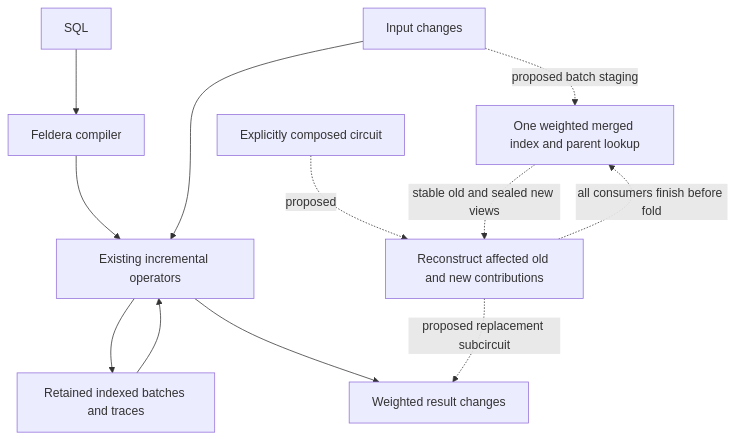
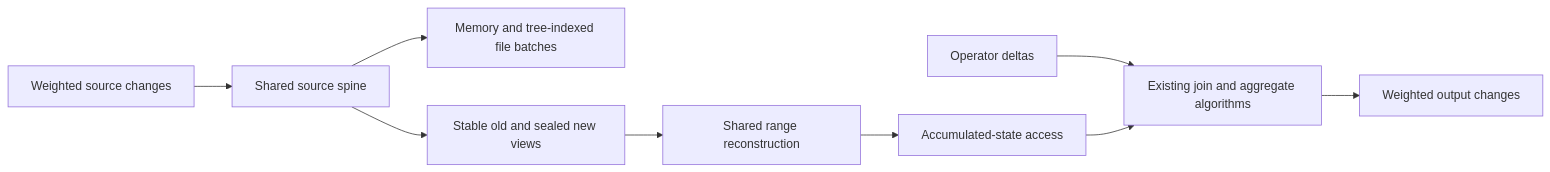
Before and after one commit to alicia-lyu/feldera: the first of 2 diagrams in docs/design/merged-index/README.md, drawn with Mermaid. The commit also changed other lines of this file and 15 other files, not shown here.

Commit message:
docs: focus merged-index architecture on reconstructed state access

````diff
--- a/docs/design/merged-index/README.md
+++ b/docs/design/merged-index/README.md
@@ -14,14 +48,11 @@
 ```mermaid
-flowchart TD
-    SQL[SQL] --> Compiler[Feldera compiler]
-    Compiler --> Existing[Existing incremental operators]
-    Input[Input changes] --> Existing
-    Existing --> Traces[Retained indexed batches and traces]
-    Traces --> Existing
-    Existing --> Output[Weighted result changes]
-    Manual[Explicitly composed circuit] -. proposed .-> Eval[Reconstruct affected old and new contributions]
-    Input -. proposed batch staging .-> MI[One weighted merged index and parent lookup]
-    MI -. stable old and sealed new views .-> Eval
-    Eval -. proposed replacement subcircuit .-> Output
-    Eval -. all consumers finish before fold .-> MI
+flowchart LR
+    D[Weighted source changes] --> S[Shared source spine]
+    S --> M[Memory and tree-indexed file batches]
+    S --> V[Stable old and sealed new views]
+    V --> R[Shared range reconstruction]
+    R --> A[Accumulated-state access]
+    X[Operator deltas] --> O[Existing join and aggregate algorithms]
+    A --> O
+    O --> Y[Weighted output changes]
 ```
````
